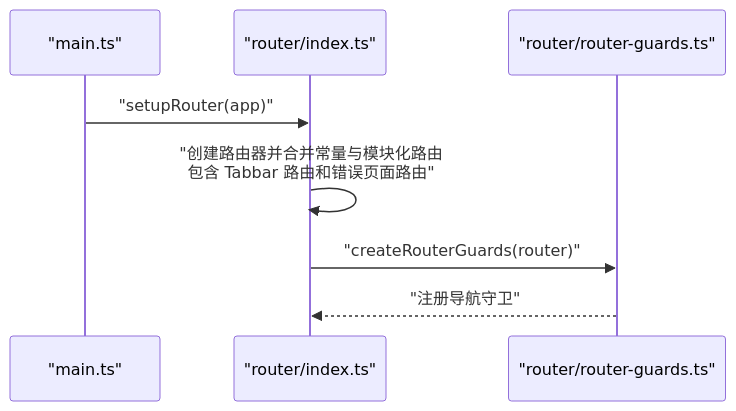
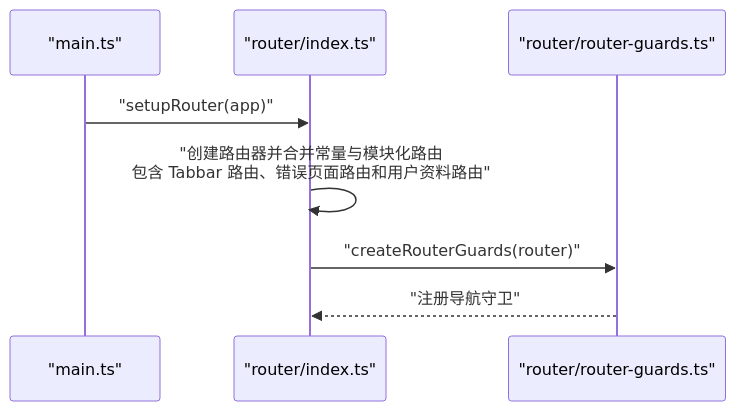
The third of 13 diagrams in .qoder/repowiki/zh/content/核心系统/路由系统.md (giserman001/vue3-vant4-mobile), drawn with Mermaid before and after one commit. The commit also changed other lines of this file and 13 other files, not shown here.

````diff
--- a/.qoder/repowiki/zh/content/核心系统/路由系统.md
+++ b/.qoder/repowiki/zh/content/核心系统/路由系统.md
@@ -262,10 +285,10 @@
 ```mermaid
 sequenceDiagram
 participant App as "main.ts"
 participant Router as "router/index.ts"
 participant Guards as "router/router-guards.ts"
 App->>Router : "setupRouter(app)"
-Router->>Router : "创建路由器并合并常量与模块化路由<br/>包含 Tabbar 路由和错误页面路由"
+Router->>Router : "创建路由器并合并常量与模块化路由<br/>包含 Tabbar 路由、错误页面路由和用户资料路由"
 Router->>Guards : "createRouterGuards(router)"
 Guards-->>Router : "注册导航守卫"
 ```
````
